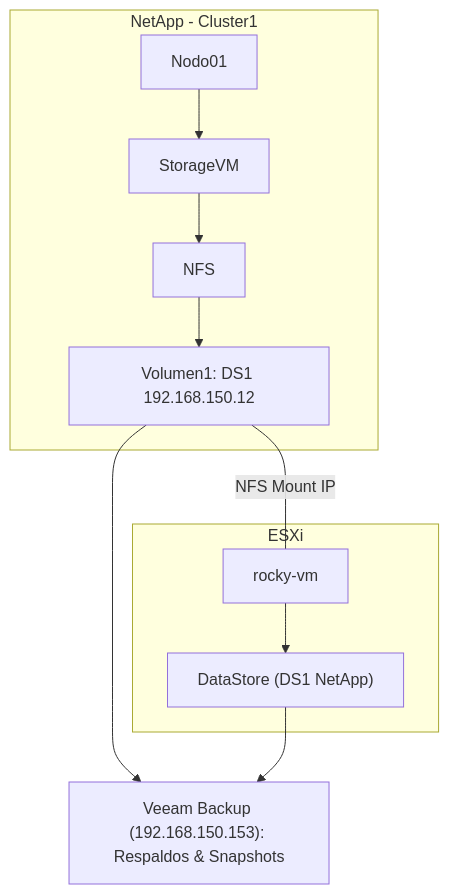
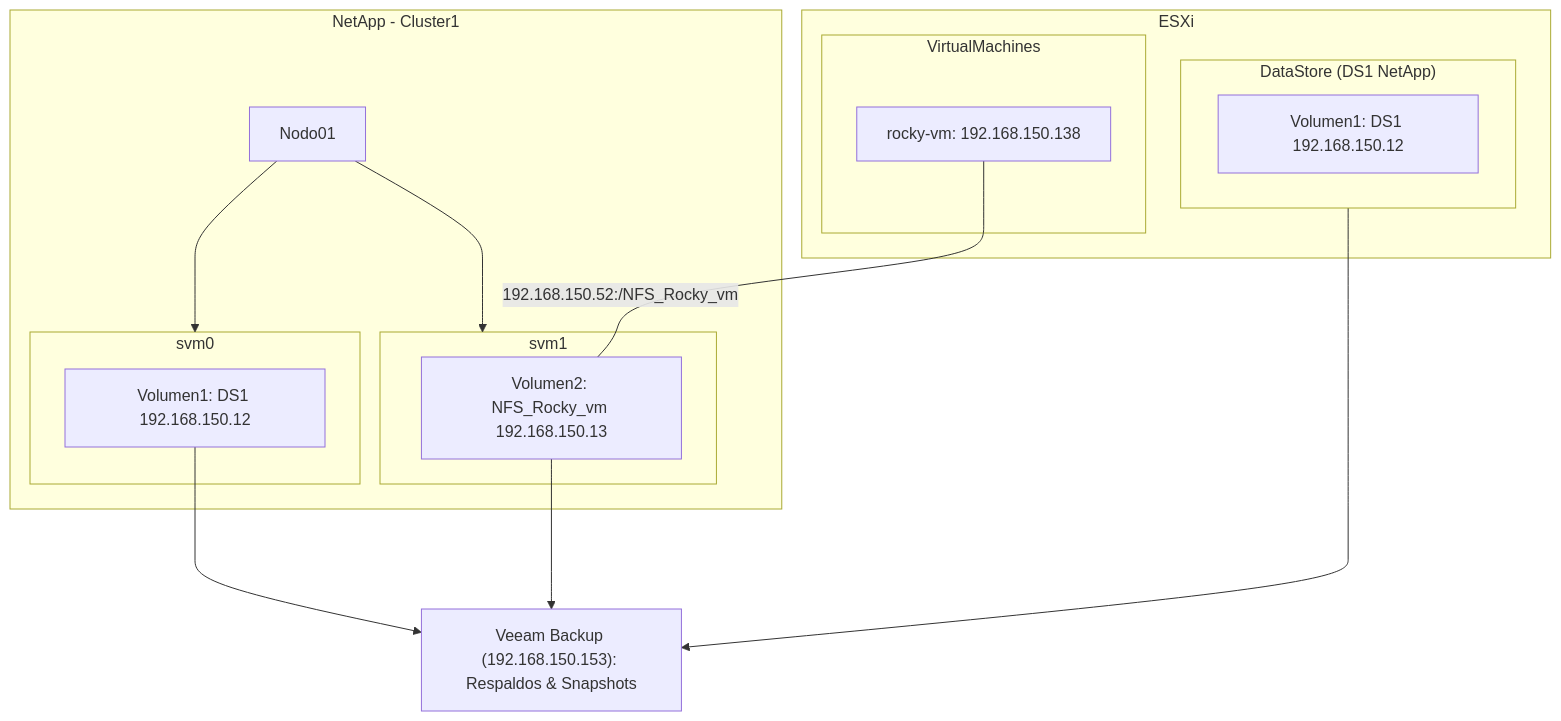
The diagram in Respaldo&Recuperacion.md (keaguirre/Notebook), drawn with Mermaid before and after one commit.

````diff
--- a/Respaldo&Recuperacion.md
+++ b/Respaldo&Recuperacion.md
@@ -186,25 +186,30 @@
 ```mermaid
 graph TD
     subgraph NetApp_Cluster1 ["NetApp - Cluster1"]
         Nodo01["Nodo01"]
-        StorageVM["StorageVM"]
-        NFS["NFS"]
-        DS1["Volumen1: DS1 192.168.150.12"]
-        Nodo01 --> StorageVM
-        StorageVM --> NFS
-        NFS --> DS1
+        subgraph svm0 ["svm0"]
+            DS1["Volumen1: DS1 192.168.150.12"]
+        end
+        subgraph svm1 ["svm1"]
+            NFS_Rocky_vm["Volumen2: NFS_Rocky_vm 192.168.150.13"]
+        end
+        Nodo01 --> svm0
+        Nodo01 --> svm1
     end
 
     subgraph ESXi ["ESXi"]
-        rocky_vm["rocky-vm"]
-        DataStore["DataStore (DS1 NetApp)"]
-        rocky_vm --> DataStore
+        subgraph DataStore ["DataStore (DS1 NetApp)"]
+            DataStore1["Volumen1: DS1 192.168.150.12"]
+        end
+        subgraph VirtualMachines ["VirtualMachines"]
+            rocky_vm["rocky-vm: 192.168.150.138"]
+        end
     end
 
     VeeamBackup["Veeam Backup (192.168.150.153): Respaldos & Snapshots"]
 
-    DS1 ---|NFS Mount IP| rocky_vm
+    rocky_vm ---|192.168.150.52:/NFS_Rocky_vm| NFS_Rocky_vm
     DS1 ---> VeeamBackup
-    DataStore --> VeeamBackup
-
+    NFS_Rocky_vm ---> VeeamBackup
+    DataStore -->  VeeamBackup
 ```
````
